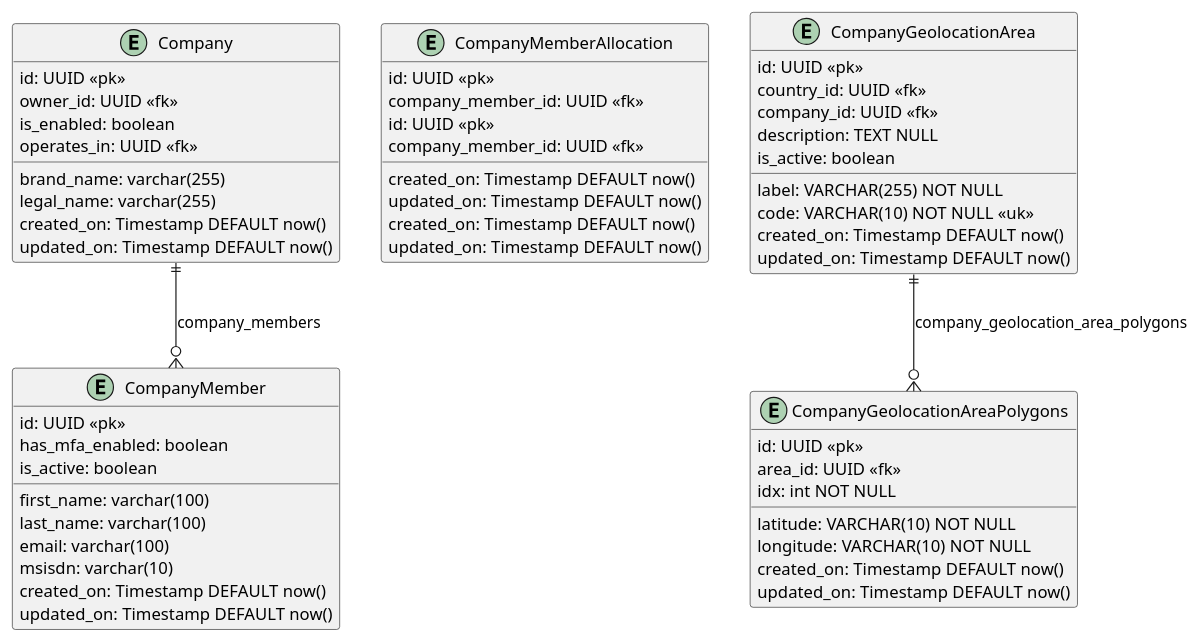
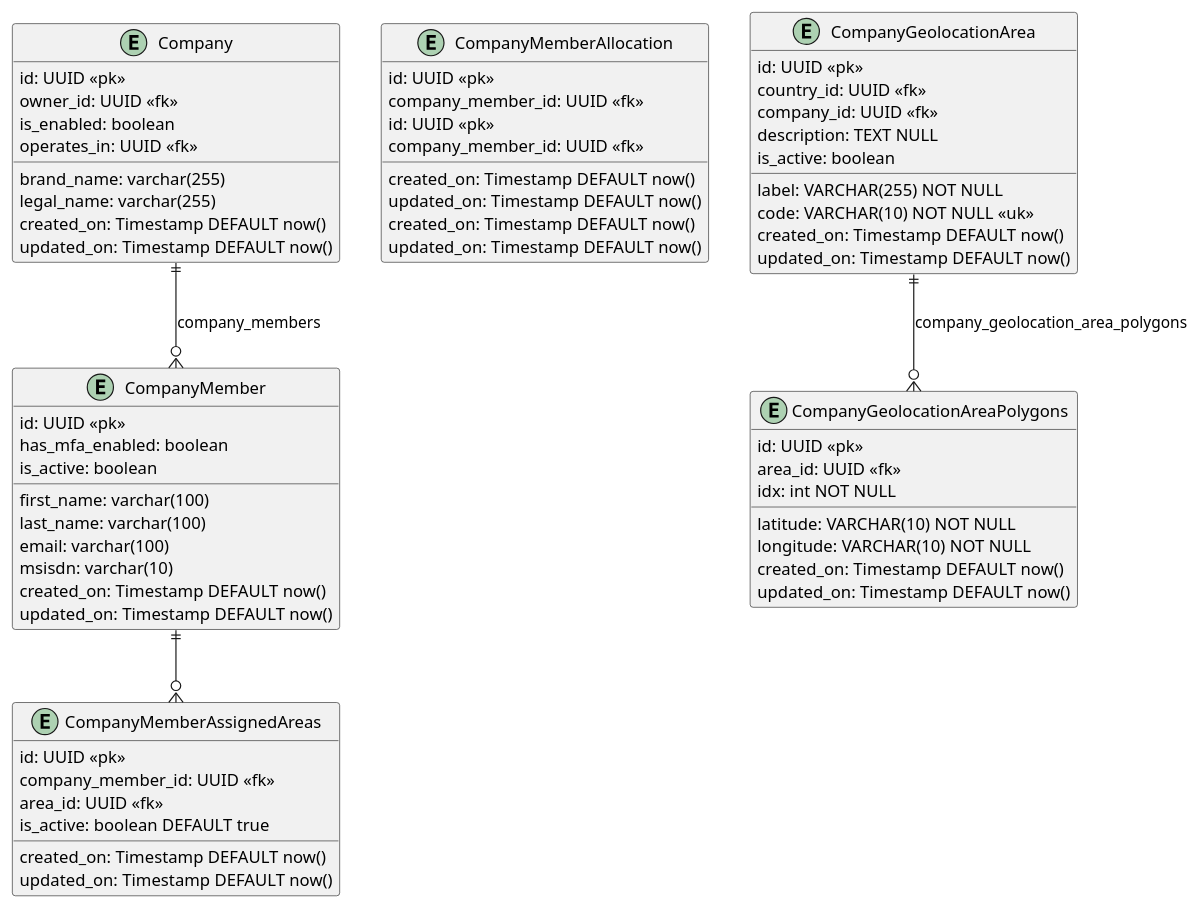
One commit to naabotoo/project-eneon-api-service changed the diagram in documentations/company_design.wsd. Above: the diagram before and after it, drawn with PlantUML. The commit also changed 4 other files, not shown here.

Commit message:
wip: company member assigned areas

```diff
--- a/documentations/company_design.wsd
+++ b/documentations/company_design.wsd
@@ -1,63 +1,73 @@
 @startuml "company entity design"
     entity companies as "Company" {
         id: UUID <<pk>>
         brand_name: varchar(255)
         legal_name: varchar(255)
         owner_id: UUID <<fk>>
         is_enabled: boolean
         operates_in: UUID <<fk>>
         created_on: Timestamp DEFAULT now()
         updated_on: Timestamp DEFAULT now()
     }
 
     entity company_members as "CompanyMember" {
         id: UUID <<pk>>
         first_name: varchar(100)
         last_name: varchar(100)
         email: varchar(100)
         msisdn: varchar(10)
         has_mfa_enabled: boolean
         is_active: boolean
         created_on: Timestamp DEFAULT now()
         updated_on: Timestamp DEFAULT now()
     }
 
     entity company_member_allocations as "CompanyMemberAllocation" {
         id: UUID <<pk>>
         company_member_id: UUID <<fk>>
         created_on: Timestamp DEFAULT now()
         updated_on: Timestamp DEFAULT now()
     }
 
     entity company_member_allocations as "CompanyMemberAllocation" {
         id: UUID <<pk>>
         company_member_id: UUID <<fk>>
         created_on: Timestamp DEFAULT now()
         updated_on: Timestamp DEFAULT now()
     }
 
     entity company_geolocation_areas as "CompanyGeolocationArea" {
         id: UUID <<pk>>
         country_id: UUID <<fk>>
         company_id: UUID <<fk>>
         label: VARCHAR(255) NOT NULL
         code: VARCHAR(10) NOT NULL <<uk>>
         description: TEXT NULL
         is_active: boolean
         created_on: Timestamp DEFAULT now()
         updated_on: Timestamp DEFAULT now()
     }
 
     entity company_geolocation_area_polygons as "CompanyGeolocationAreaPolygons" {
         id: UUID <<pk>>
         area_id: UUID <<fk>>
         idx: int NOT NULL
         latitude: VARCHAR(10) NOT NULL
         longitude: VARCHAR(10) NOT NULL
         created_on: Timestamp DEFAULT now()
         updated_on: Timestamp DEFAULT now()
     }
 
+    entity company_member_assigned_areas as "CompanyMemberAssignedAreas" {
+        id: UUID <<pk>>
+        company_member_id: UUID <<fk>>
+        area_id: UUID <<fk>>
+        is_active: boolean DEFAULT true
+        created_on: Timestamp DEFAULT now()
+        updated_on: Timestamp DEFAULT now()
+    }
+
     company_geolocation_areas ||--o{ company_geolocation_area_polygons : "company_geolocation_area_polygons"
     companies ||--o{ company_members : "company_members"
+    company_members ||--o{ company_member_assigned_areas
 @enduml
```
